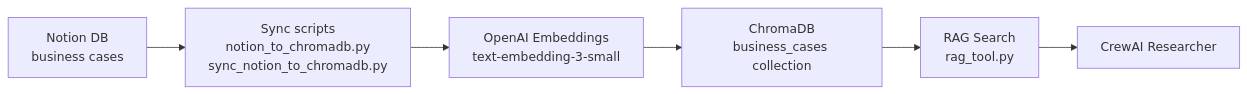
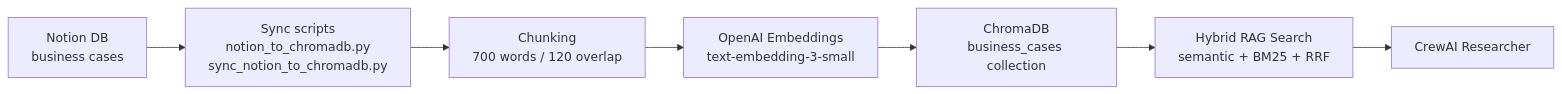
The third of 3 diagrams in README.md (grinegor/consulting-assistant), drawn with Mermaid before and after one commit. The commit also changed other lines of this file and 25 other files, not shown here.

Commit message:
Add hybrid RAG evals and structured logging

````diff
--- a/README.md
+++ b/README.md
@@ -77,8 +81,9 @@
 ```mermaid
 flowchart LR
     N["Notion DB<br/>business cases"] --> SY["Sync scripts<br/>notion_to_chromadb.py<br/>sync_notion_to_chromadb.py"]
-    SY --> E["OpenAI Embeddings<br/>text-embedding-3-small"]
+    SY --> CH["Chunking<br/>700 words / 120 overlap"]
+    CH --> E["OpenAI Embeddings<br/>text-embedding-3-small"]
     E --> C["ChromaDB<br/>business_cases collection"]
-    C --> R["RAG Search<br/>rag_tool.py"]
+    C --> R["Hybrid RAG Search<br/>semantic + BM25 + RRF"]
     R --> A["CrewAI Researcher"]
 ```
````
